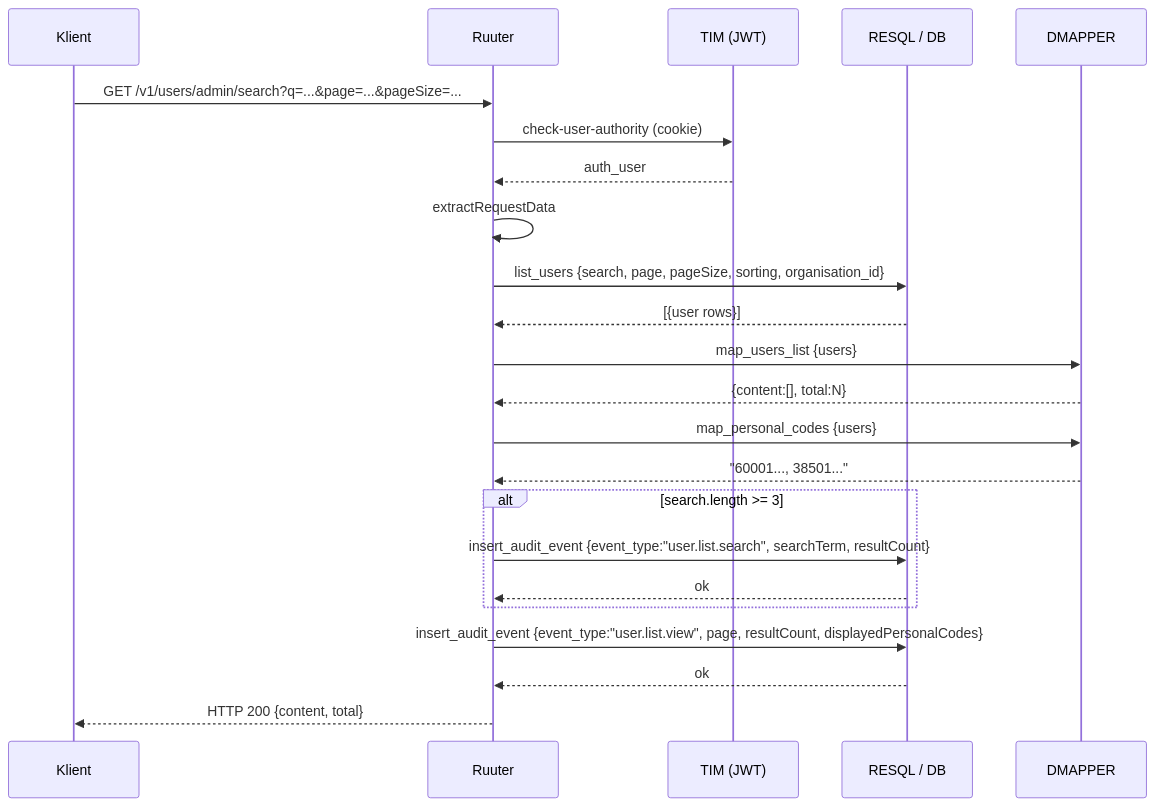
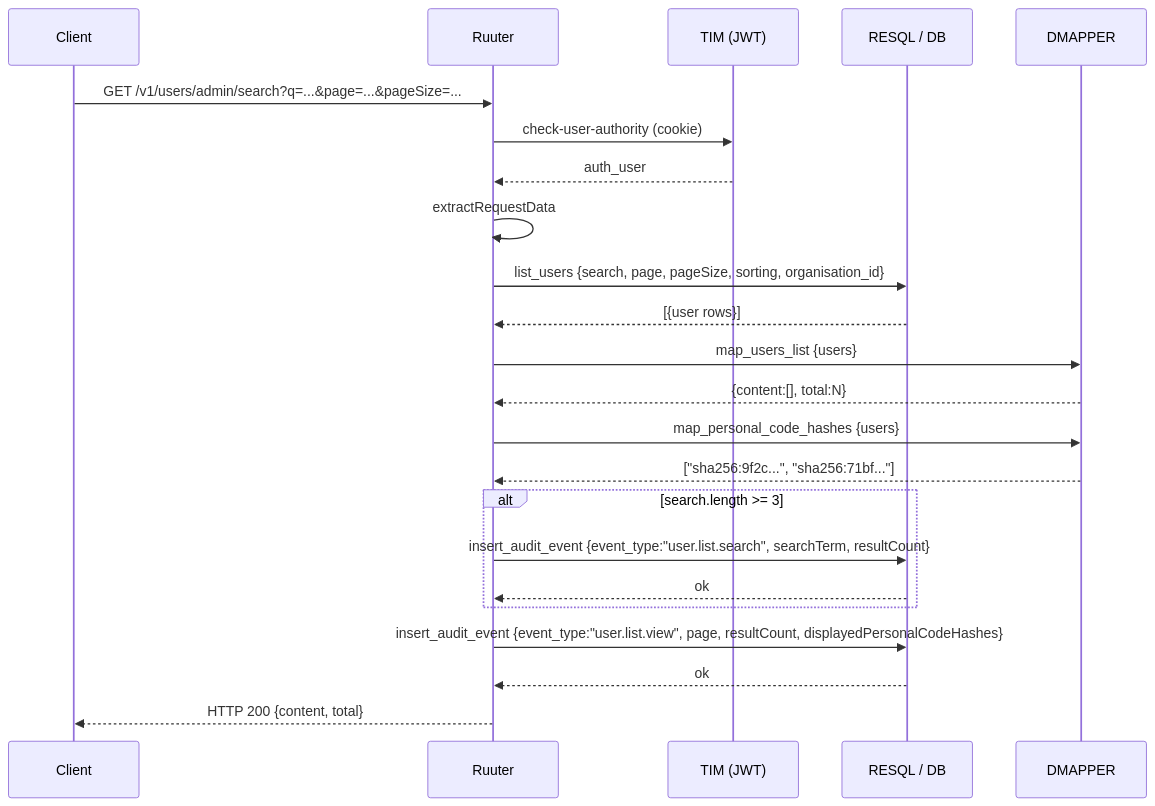
Before and after one commit to kemit-ee/ljvis-2: the second of 4 diagrams in docs/audit-logging.md, drawn with Mermaid. The commit also changed other lines of this file, not shown here.

First line of the commit message:
fix(audit): hash personal codes in audit-logging examples

````diff
--- a/docs/audit-logging.md
+++ b/docs/audit-logging.md
@@ -194,26 +194,26 @@
 ```mermaid
 sequenceDiagram
-    participant K as Klient
+    participant K as Client
     participant R as Ruuter
     participant T as TIM (JWT)
     participant DB as RESQL / DB
     participant DM as DMAPPER
 
     K->>R: GET /v1/users/admin/search?q=...&page=...&pageSize=...
     R->>T: check-user-authority (cookie)
     T-->>R: auth_user
     R->>R: extractRequestData
     R->>DB: list_users {search, page, pageSize, sorting, organisation_id}
     DB-->>R: [{user rows}]
     R->>DM: map_users_list {users}
     DM-->>R: {content:[], total:N}
-    R->>DM: map_personal_codes {users}
-    DM-->>R: "60001..., 38501..."
+    R->>DM: map_personal_code_hashes {users}
+    DM-->>R: ["sha256:9f2c...", "sha256:71bf..."]
     alt search.length >= 3
         R->>DB: insert_audit_event {event_type:"user.list.search", searchTerm, resultCount}
         DB-->>R: ok
     end
-    R->>DB: insert_audit_event {event_type:"user.list.view", page, resultCount, displayedPersonalCodes}
+    R->>DB: insert_audit_event {event_type:"user.list.view", page, resultCount, displayedPersonalCodeHashes}
     DB-->>R: ok
     R-->>K: HTTP 200 {content, total}
 ```
````
